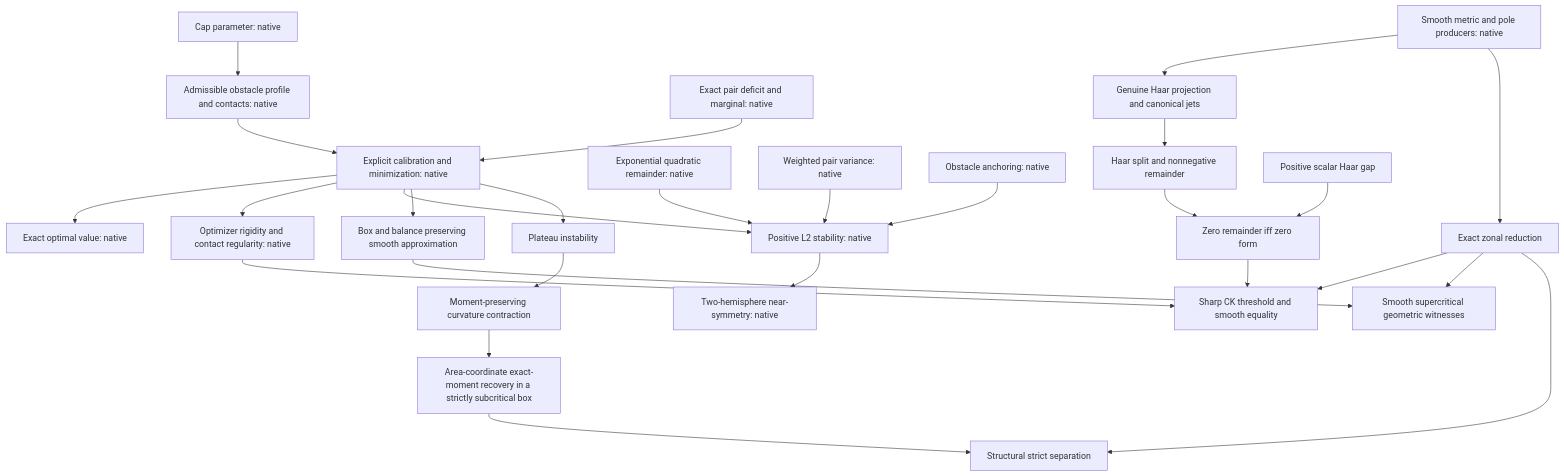
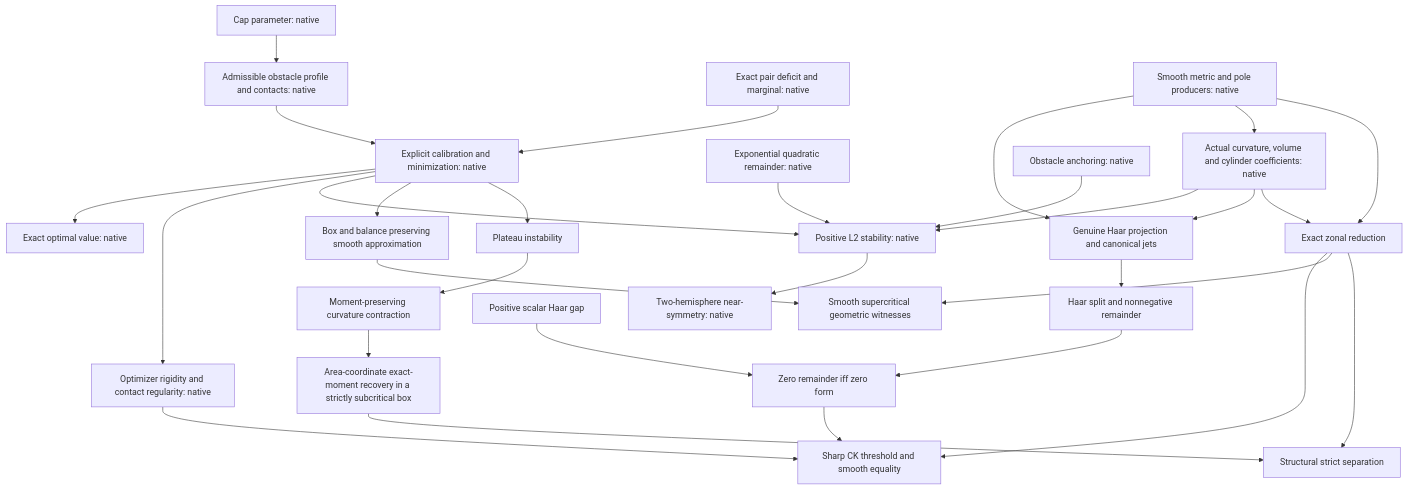
One commit to qinz1yang/ricci-flow-sharp-estimate changed the diagram in docs/mathematical-status.md. Above: the diagram before and after it, drawn with Mermaid. The commit also changed other lines of this file and 51 other files, not shown here.

````diff
--- a/docs/mathematical-status.md
+++ b/docs/mathematical-status.md
@@ -59,29 +62,32 @@
 ```mermaid
 flowchart TD
   P[Cap parameter: native] --> O[Admissible obstacle profile and contacts: native]
   D[Exact pair deficit and marginal: native] --> C[Explicit calibration and minimization: native]
   C --> OV[Exact optimal value: native]
   O --> C
   C --> R[Optimizer rigidity and contact regularity: native]
   E[Exponential quadratic remainder: native] --> S[Positive L2 stability: native]
   V[Weighted pair variance: native] --> S
   A[Obstacle anchoring: native] --> S
   C --> S
   S --> N[Two-hemisphere near-symmetry: native]
   G[Smooth metric and pole producers: native] --> H[Genuine Haar projection and canonical jets]
+  G --> V[Actual curvature, volume and cylinder coefficients: native]
+  V --> H
+  V --> J
   G --> J[Exact zonal reduction]
   H --> Q[Haar split and nonnegative remainder]
   W[Positive scalar Haar gap] --> Z[Zero remainder iff zero form]
   Q --> Z
   R --> CK[Sharp CK threshold and smooth equality]
   Z --> CK
   J --> CK
   C --> B[Box and balance preserving smooth approximation]
   B --> X[Smooth supercritical geometric witnesses]
   J --> X
   T[Plateau instability] --> TC[Moment-preserving curvature contraction]
   TC --> F[Area-coordinate exact-moment recovery in a strictly subcritical box]
   F --> SEP[Structural strict separation]
   C --> T
   J --> SEP
 ```
````
